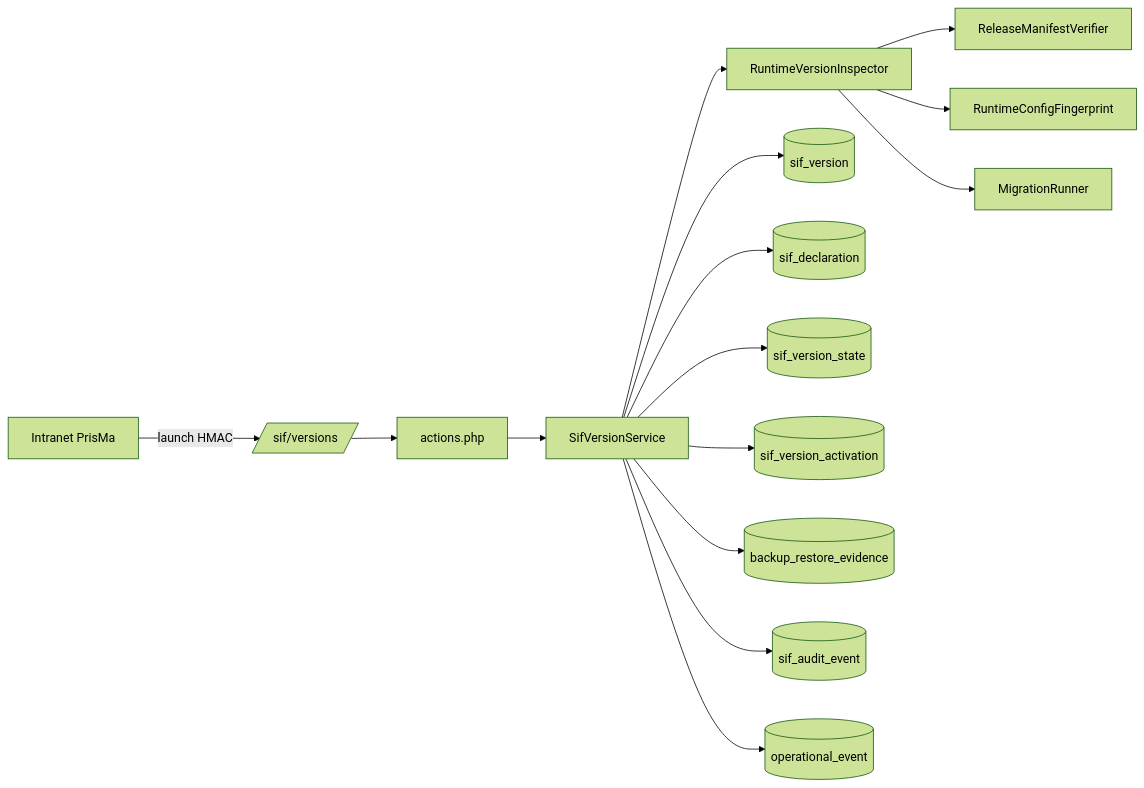
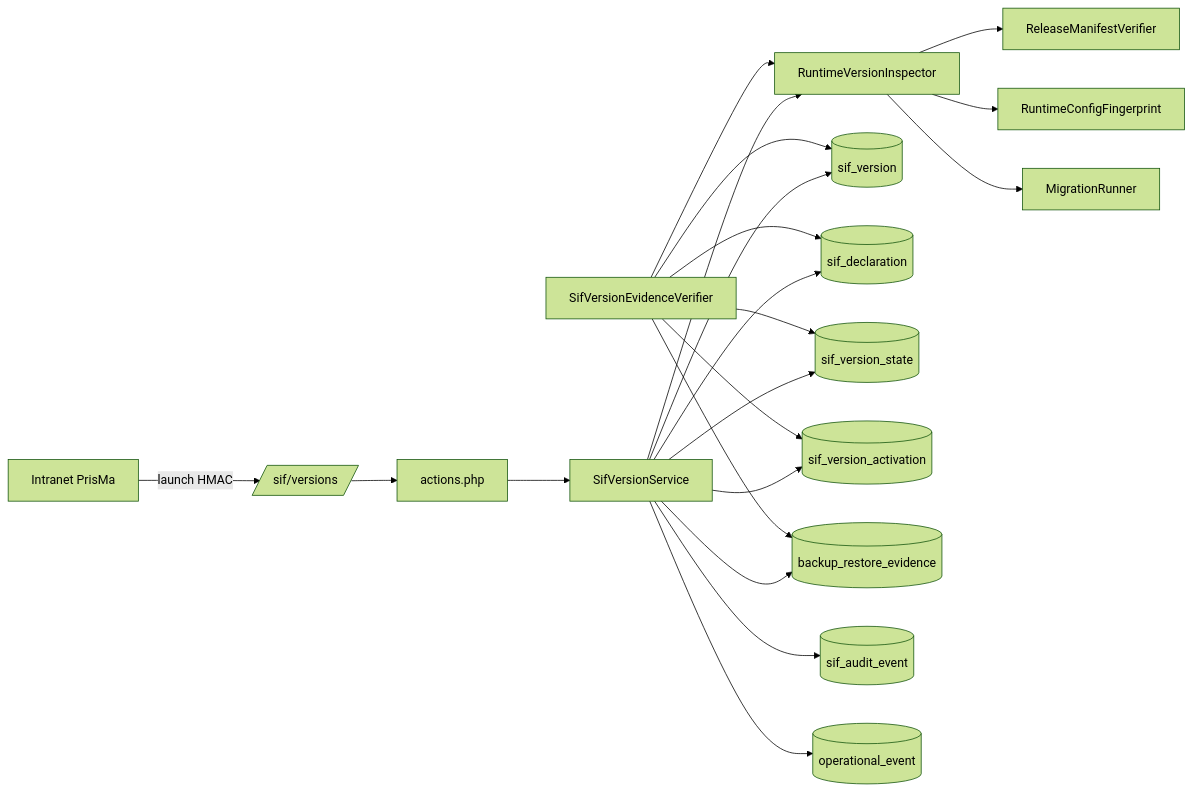
Before and after one commit to orgmeriemprismacat-del/verifactu: the second of 3 diagrams in documentacio/07-uml-integrat/uc-010-gestionar-configuracio-versio.md, drawn with Mermaid (forest theme). The commit also changed other lines of this file, not shown here.

Commit message:
docs(UC-010): UML integrada alineada amb hardening i proves

````diff
--- a/documentacio/07-uml-integrat/uc-010-gestionar-configuracio-versio.md
+++ b/documentacio/07-uml-integrat/uc-010-gestionar-configuracio-versio.md
@@ -66,17 +68,23 @@
 ```mermaid
 flowchart LR
 I[Intranet PrisMa] -->|launch HMAC| P[/sif/versions/]
 P --> A[actions.php]
 A --> S[SifVersionService]
 S --> R[RuntimeVersionInspector]
 R --> M[ReleaseManifestVerifier]
 R --> C[RuntimeConfigFingerprint]
 R --> MR[MigrationRunner]
 S --> V[(sif_version)]
 S --> D[(sif_declaration)]
 S --> ST[(sif_version_state)]
 S --> AJ[(sif_version_activation)]
 S --> B[(backup_restore_evidence)]
 S --> AU[(sif_audit_event)]
 S --> OP[(operational_event)]
+EV[SifVersionEvidenceVerifier] --> R
+EV --> V
+EV --> ST
+EV --> AJ
+EV --> D
+EV --> B
 ```
````
